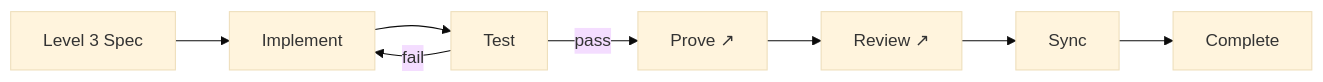
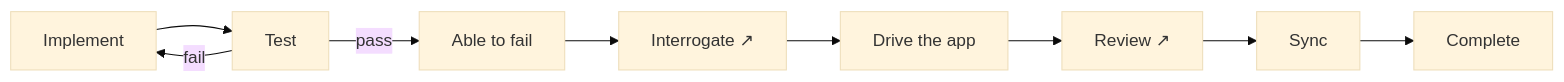
Before and after one commit to imtemp-dev/claude-bts: the third of 3 diagrams in README.md, drawn with Mermaid (base theme). The commit also changed other lines of this file and 8 other files, not shown here.

````diff
--- a/README.md
+++ b/README.md
@@ -93,6 +89,6 @@
 ```mermaid
 flowchart LR
-    F["Level 3 Spec"] --> IMP["Implement"] --> T["Test"]
+    IMP["Implement"] --> T["Test"]
     T -->|"fail"| IMP
-    T -->|"pass"| PR["Prove ↗"] --> RV["Review ↗"] --> SY["Sync"] --> DONE["Complete"]
+    T -->|"pass"| MU["Able to fail"] --> IN["Interrogate ↗"] --> PR["Drive the app"] --> RV["Review ↗"] --> SY["Sync"] --> DONE["Complete"]
 ```
````
